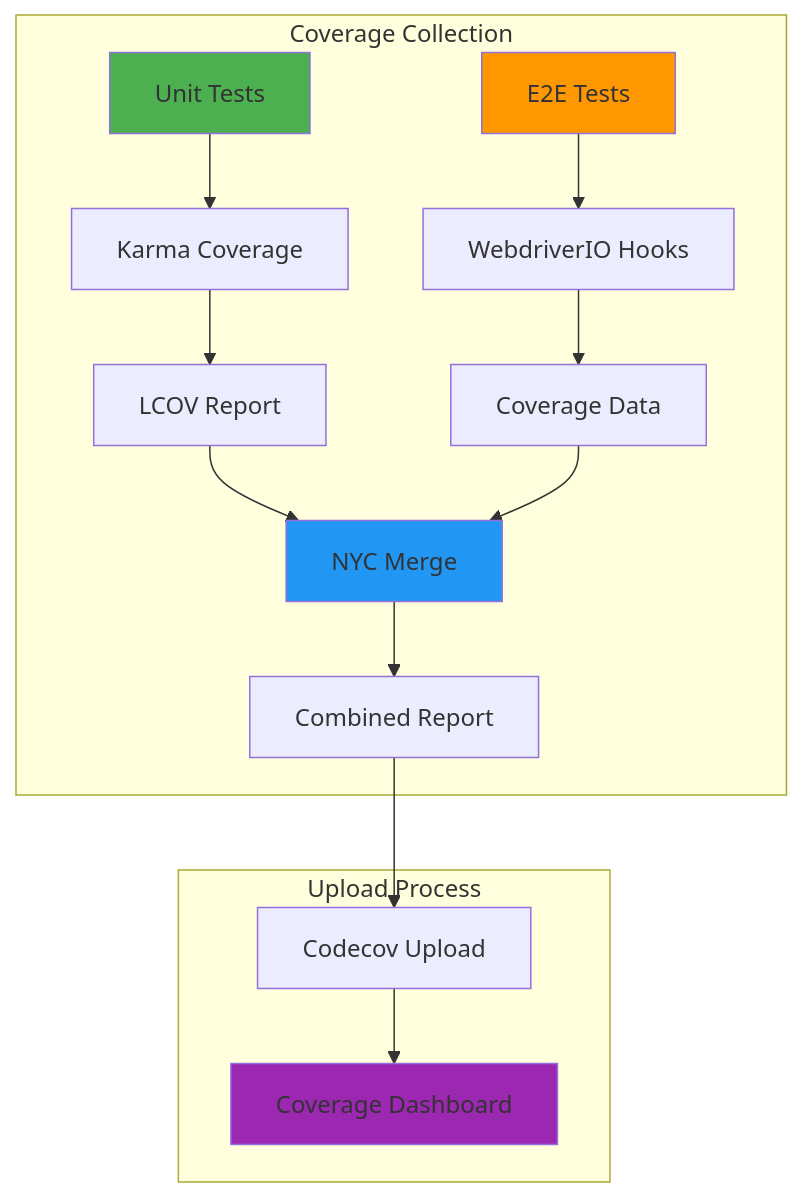
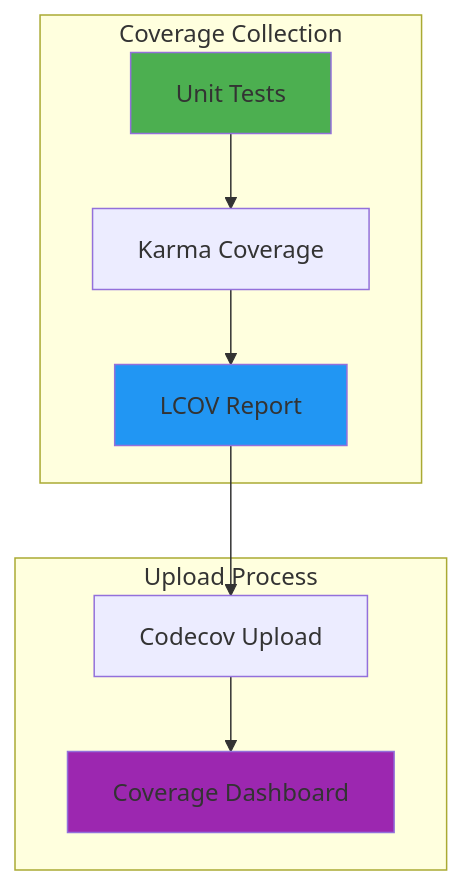
Before and after one commit to CommunityStream-io/flock: the diagram in docs/testing/COVERAGE.md, drawn with Mermaid. The commit also changed other lines of this file and 6 other files, not shown here.

````diff
--- a/docs/testing/COVERAGE.md
+++ b/docs/testing/COVERAGE.md
@@ -218,22 +153,16 @@
 ```mermaid
 graph TB
     subgraph "Coverage Collection"
         A[Unit Tests] --> B[Karma Coverage]
-        C[E2E Tests] --> D[WebdriverIO Hooks]
-        B --> E[LCOV Report]
-        D --> F[Coverage Data]
-        E --> G[NYC Merge]
-        F --> G
-        G --> H[Combined Report]
+        B --> C[LCOV Report]
     end
     
     subgraph "Upload Process"
-        H --> I[Codecov Upload]
-        I --> J[Coverage Dashboard]
+        C --> D[Codecov Upload]
+        D --> E[Coverage Dashboard]
     end
     
     style A fill:#4caf50
-    style C fill:#ff9800
-    style G fill:#2196f3
-    style J fill:#9c27b0
+    style C fill:#2196f3
+    style E fill:#9c27b0
 ```
````
